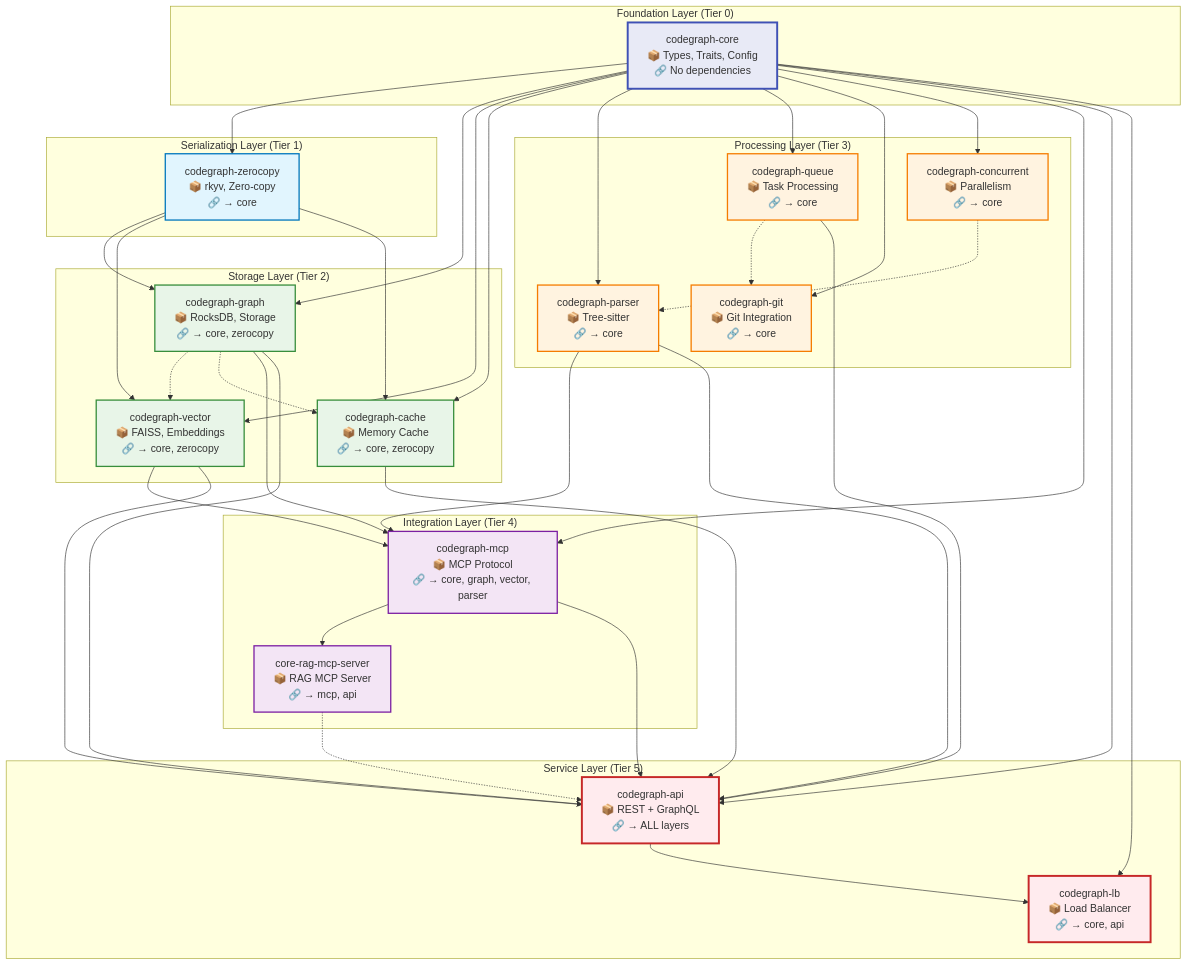
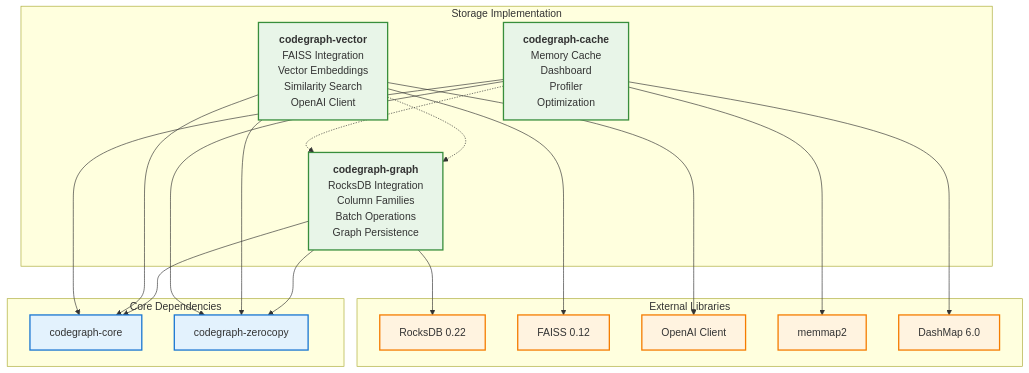
One commit to Jakedismo/codegraph-rust changed the second of 7 diagrams in docs/diagrams/architecture/component-dependencies.md. Above: the diagram before and after it, drawn with Mermaid. The commit also changed other lines of this file and 39 other files, not shown here.

````diff
--- a/docs/diagrams/architecture/component-dependencies.md
+++ b/docs/diagrams/architecture/component-dependencies.md
@@ -7,93 +48,64 @@
 ```mermaid
 graph TB
-    subgraph "Foundation Layer (Tier 0)"
-        Core[codegraph-core<br/>📦 Types, Traits, Config<br/>🔗 No dependencies]
+    subgraph "Storage Implementation"
+        graph_db["`**codegraph-graph**
+        RocksDB Integration
+        Column Families
+        Batch Operations
+        Graph Persistence`"]
+        
+        vector["`**codegraph-vector**
+        FAISS Integration
+        Vector Embeddings
+        Similarity Search
+        OpenAI Client`"]
+        
+        cache["`**codegraph-cache**
+        Memory Cache
+        Dashboard
+        Profiler
+        Optimization`"]
     end
     
-    subgraph "Serialization Layer (Tier 1)"
-        ZeroCopy[codegraph-zerocopy<br/>📦 rkyv, Zero-copy<br/>🔗 → core]
+    subgraph "Core Dependencies"
+        core[codegraph-core]
+        zerocopy[codegraph-zerocopy]
     end
     
-    subgraph "Storage Layer (Tier 2)"
-        Graph[codegraph-graph<br/>📦 RocksDB, Storage<br/>🔗 → core, zerocopy]
-        Vector[codegraph-vector<br/>📦 FAISS, Embeddings<br/>🔗 → core, zerocopy]
-        Cache[codegraph-cache<br/>📦 Memory Cache<br/>🔗 → core, zerocopy]
+    subgraph "External Libraries"
+        rocksdb[RocksDB 0.22]
+        faiss[FAISS 0.12]
+        openai[OpenAI Client]
+        memmap[memmap2]
+        dashmap[DashMap 6.0]
     end
     
-    subgraph "Processing Layer (Tier 3)"
-        Parser[codegraph-parser<br/>📦 Tree-sitter<br/>🔗 → core]
-        Queue[codegraph-queue<br/>📦 Task Processing<br/>🔗 → core]
-        Git[codegraph-git<br/>📦 Git Integration<br/>🔗 → core]
-        Concurrent[codegraph-concurrent<br/>📦 Parallelism<br/>🔗 → core]
-    end
+    %% Core dependencies
+    graph_db --> core
+    vector --> core
+    cache --> core
     
-    subgraph "Integration Layer (Tier 4)"
-        MCP[codegraph-mcp<br/>📦 MCP Protocol<br/>🔗 → core, graph, vector, parser]
-        MCP_Server[core-rag-mcp-server<br/>📦 RAG MCP Server<br/>🔗 → mcp, api]
-    end
+    %% Zero-copy dependencies
+    graph_db --> zerocopy
+    vector --> zerocopy
+    cache --> zerocopy
     
-    subgraph "Service Layer (Tier 5)"
-        API[codegraph-api<br/>📦 REST + GraphQL<br/>🔗 → ALL layers]
-        LB[codegraph-lb<br/>📦 Load Balancer<br/>🔗 → core, api]
-    end
+    %% External dependencies
+    graph_db --> rocksdb
+    vector --> faiss
+    vector --> openai
+    cache --> memmap
+    cache --> dashmap
     
-    %% Tier 0 → Tier 1
-    Core --> ZeroCopy
+    %% Cross-storage dependencies
+    vector -.-> graph_db
+    cache -.-> graph_db
     
-    %% Tier 1 → Tier 2
-    ZeroCopy --> Graph
-    ZeroCopy --> Vector
-    ZeroCopy --> Cache
-    Core --> Graph
-    Core --> Vector
-    Core --> Cache
+    classDef storage fill:#e8f5e8,stroke:#388e3c,stroke-width:2px
+    classDef core_dep fill:#e3f2fd,stroke:#1976d2,stroke-width:2px
+    classDef external fill:#fff3e0,stroke:#f57c00,stroke-width:2px
     
-    %% Tier 0 → Tier 3 (Direct)
-    Core --> Parser
-    Core --> Queue
-    Core --> Git
-    Core --> Concurrent
-    
-    %% Tier 2 → Tier 3 (Optional)
-    Graph -.-> Vector
-    Graph -.-> Cache
-    
-    %% Tier 3 → Parser Enhancement
-    Concurrent -.-> Parser
-    Queue -.-> Git
-    
-    %% Tier 3 → Tier 4
-    Core --> MCP
-    Graph --> MCP
-    Vector --> MCP
-    Parser --> MCP
-    MCP --> MCP_Server
-    
-    %% Tier 4 → Tier 5
-    Core --> API
-    Graph --> API
-    Vector --> API
-    Cache --> API
-    Parser --> API
-    Queue --> API
-    MCP --> API
-    MCP_Server -.-> API
-    
-    Core --> LB
-    API --> LB
-    
-    %% Styling by tier
-    classDef tier0 fill:#e8eaf6,stroke:#3f51b5,stroke-width:3px
-    classDef tier1 fill:#e1f5fe,stroke:#0277bd,stroke-width:2px
-    classDef tier2 fill:#e8f5e8,stroke:#388e3c,stroke-width:2px
-    classDef tier3 fill:#fff3e0,stroke:#f57c00,stroke-width:2px
-    classDef tier4 fill:#f3e5f5,stroke:#7b1fa2,stroke-width:2px
-    classDef tier5 fill:#ffebee,stroke:#c62828,stroke-width:3px
-    
-    class Core tier0
-    class ZeroCopy tier1
-    class Graph,Vector,Cache tier2
-    class Parser,Queue,Git,Concurrent tier3
-    class MCP,MCP_Server tier4
-    class API,LB tier5
+    class graph_db,vector,cache storage
+    class core,zerocopy core_dep
+    class rocksdb,faiss,openai,memmap,dashmap external
 ```
````
